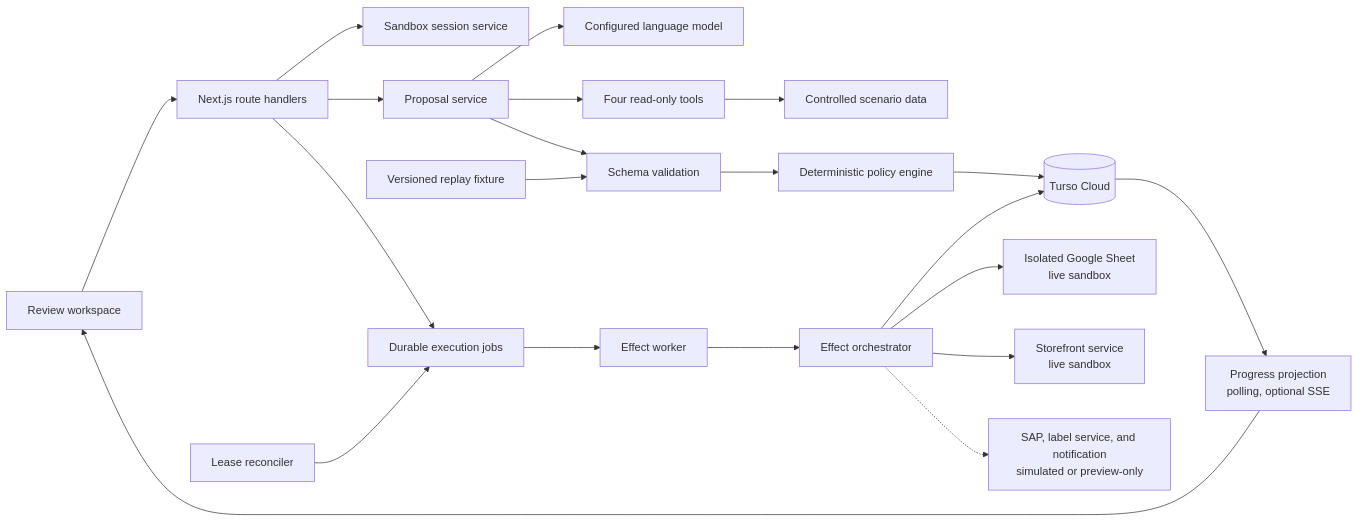
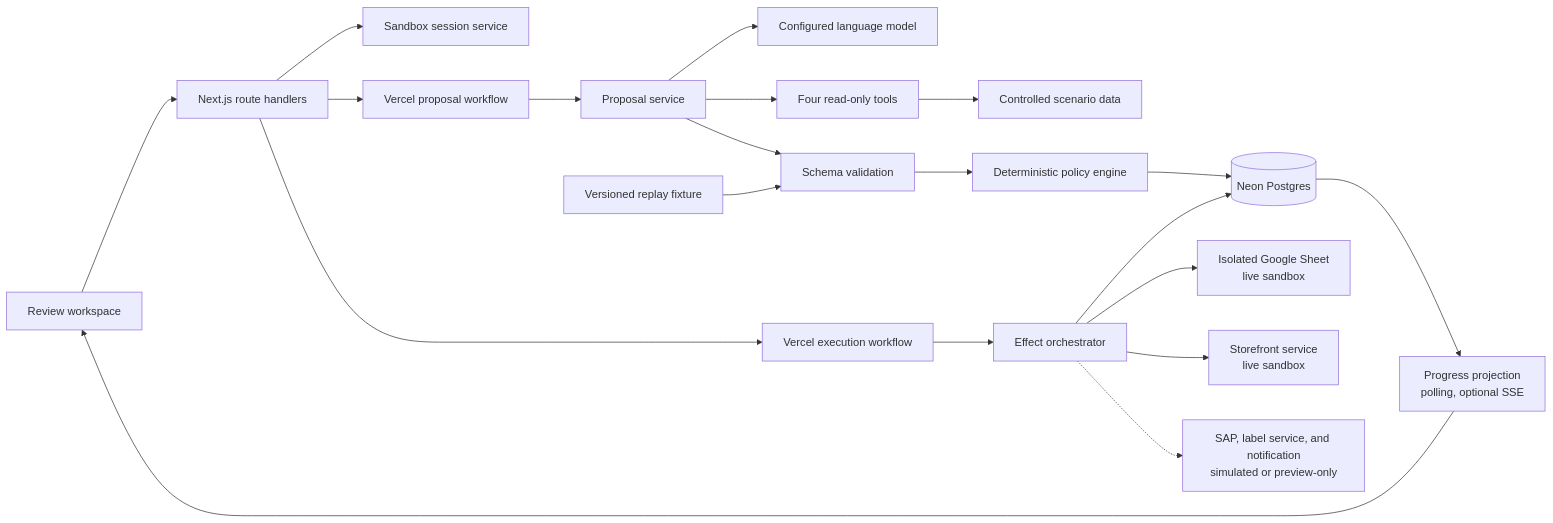
Before and after one commit to stepanjakl/safepoint: the first of 3 diagrams in docs/TECHNICAL-DESIGN.md, drawn with Mermaid. The commit also changed other lines of this file and 7 other files, not shown here.

````diff
--- a/docs/TECHNICAL-DESIGN.md
+++ b/docs/TECHNICAL-DESIGN.md
@@ -22,23 +22,22 @@
 ```mermaid
 flowchart LR
     Browser[Review workspace] --> Routes[Next.js route handlers]
     Routes --> Session[Sandbox session service]
-    Routes --> Agent[Proposal service]
+    Routes --> Generate[Vercel proposal workflow]
+    Generate --> Agent[Proposal service]
     Agent --> Model[Configured language model]
     Agent --> ReadTools[Four read-only tools]
     ReadTools --> Scenario[Controlled scenario data]
     Agent --> Validate[Schema validation]
     Validate --> Policy[Deterministic policy engine]
-    Policy --> Store[(Turso Cloud)]
-    Routes --> Jobs[Durable execution jobs]
-    Jobs --> Worker[Effect worker]
-    Reconciler[Lease reconciler] --> Jobs
-    Worker --> Executor[Effect orchestrator]
+    Policy --> Store[(Neon Postgres)]
+    Routes --> Execute[Vercel execution workflow]
+    Execute --> Executor[Effect orchestrator]
     Executor --> Sheet[Isolated Google Sheet<br/>live sandbox]
     Executor --> Storefront[Storefront service<br/>live sandbox]
     Executor -.-> Simulated[SAP, label service, and notification<br/>simulated or preview-only]
     Executor --> Store
     Store --> Progress[Progress projection<br/>polling, optional SSE]
     Progress --> Browser
     Replay[Versioned replay fixture] --> Validate
 ```
````
